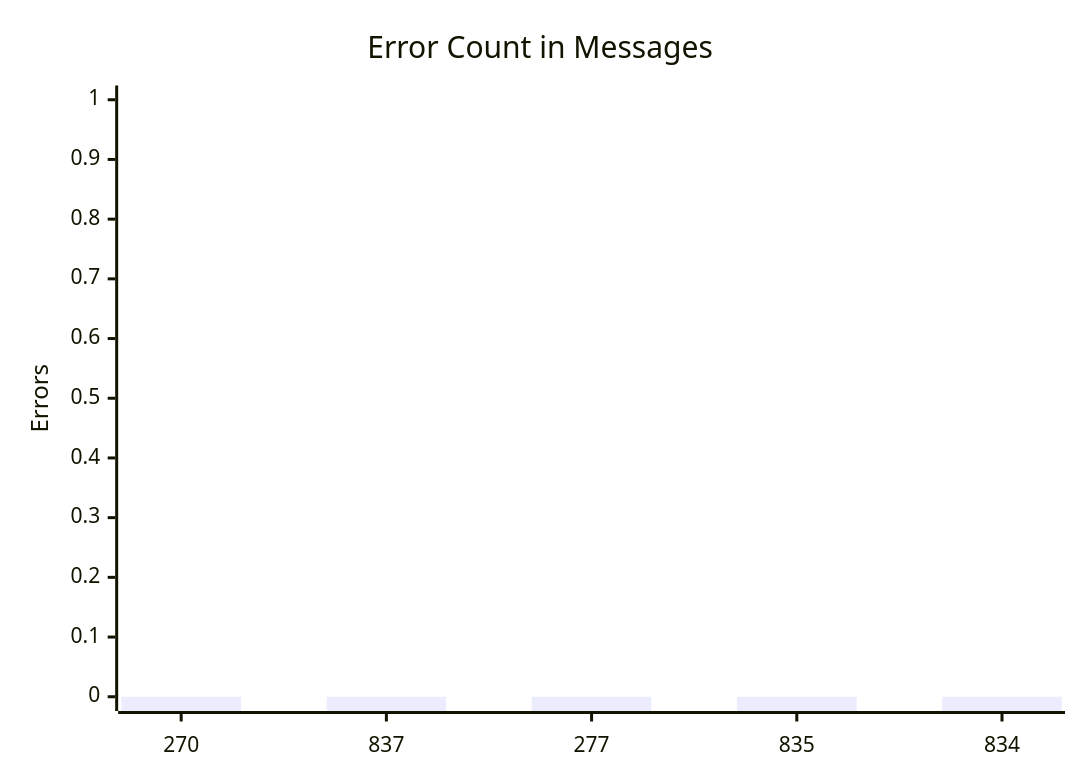
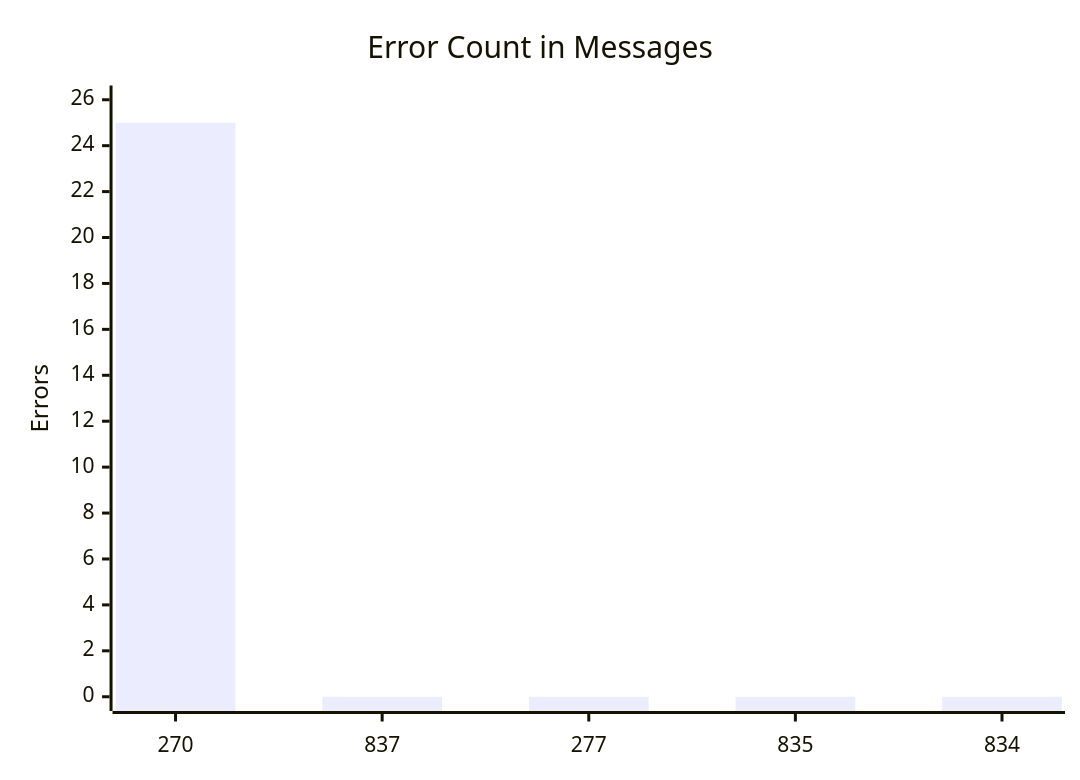
The third of 10 diagrams in test-tools/DataGen/src/Statistics_Visualizer.md (dhagan-va/intern-2025), drawn with Mermaid before and after one commit. The commit also changed other lines of this file and 3 other files, not shown here.

````diff
--- a/test-tools/DataGen/src/Statistics_Visualizer.md
+++ b/test-tools/DataGen/src/Statistics_Visualizer.md
@@ -40,7 +40,7 @@
 ```mermaid
 xychart-beta
     title "Error Count in Messages"
     x-axis ["270", "837", "277", "835", "834"]
-    y-axis "Errors" 0 --> 1
-    bar [0, 0, 0, 0, 0]
+    y-axis "Errors" 0 --> 26
+    bar [25, 0, 0, 0, 0]
 ```
````
